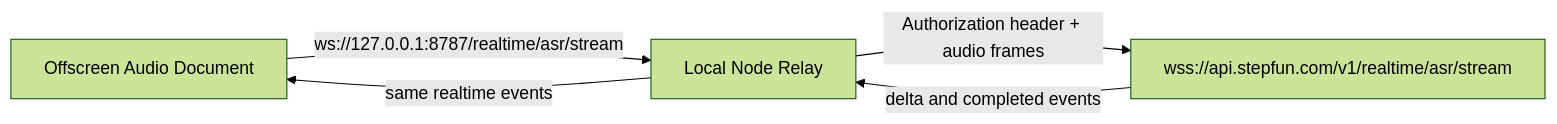
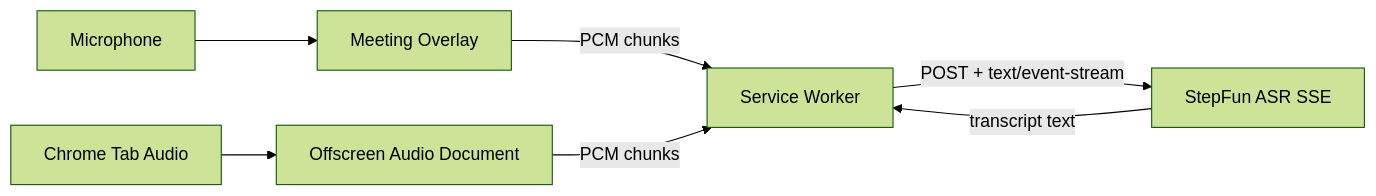
One commit to InfronAI/infron-translate changed the fourth of 4 diagrams in README.md. Above: the diagram before and after it, drawn with Mermaid (forest theme). The commit also changed other lines of this file and 16 other files, not shown here.

Commit message:
Use StepFun ASR HTTP SSE

````diff
--- a/README.md
+++ b/README.md
@@ -121,7 +117,9 @@
 ```mermaid
 flowchart LR
-  Offscreen[Offscreen Audio Document] -->|ws://127.0.0.1:8787/realtime/asr/stream| Relay[Local Node Relay]
-  Relay -->|Authorization header + audio frames| StepFun[wss://api.stepfun.com/v1/realtime/asr/stream]
-  StepFun -->|delta and completed events| Relay
-  Relay -->|same realtime events| Offscreen
+  Mic[Microphone] --> Content[Meeting Overlay]
+  Tab[Chrome Tab Audio] --> Offscreen[Offscreen Audio Document]
+  Content -->|PCM chunks| SW[Service Worker]
+  Offscreen -->|PCM chunks| SW
+  SW -->|POST + text/event-stream| StepFun[StepFun ASR SSE]
+  StepFun -->|transcript text| SW
 ```
````
